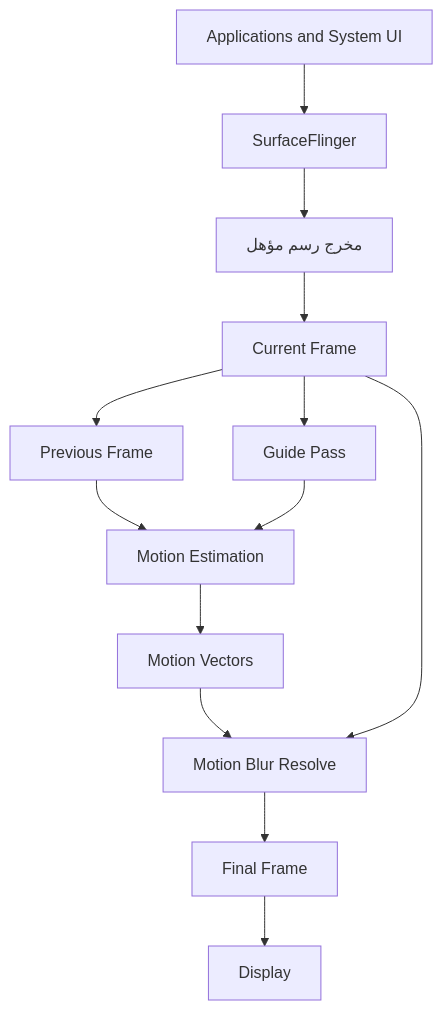
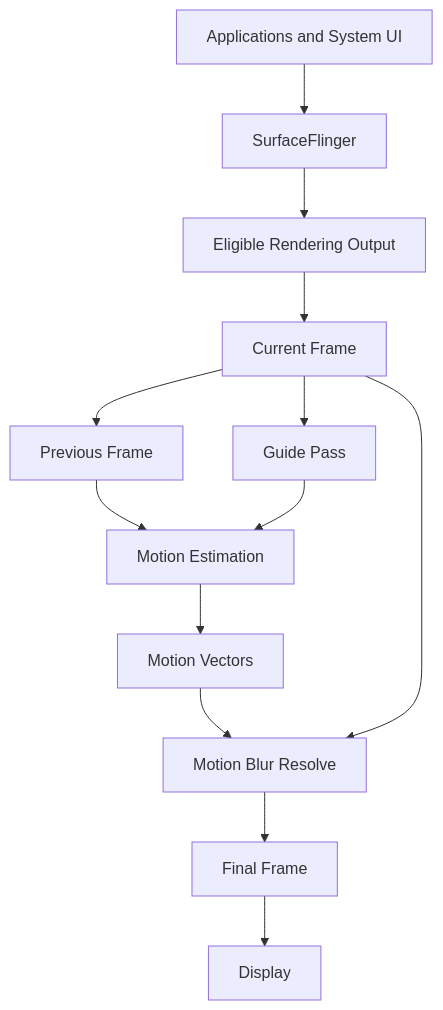
The diagram in docs/how_skia_motion_blur_works.md (YasserNull/skia-motion-blur), drawn with Mermaid before and after one commit. The commit also changed other lines of this file and 5 other files, not shown here.

````diff
--- a/docs/how_skia_motion_blur_works.md
+++ b/docs/how_skia_motion_blur_works.md
@@ -85,15 +85,15 @@
 ```mermaid
 flowchart TD
     A[Applications and System UI] --> B[SurfaceFlinger]
-    B --> C[مخرج رسم مؤهل]
+    B --> C[Eligible Rendering Output]
     C --> D[Current Frame]
     D --> E[Guide Pass]
     H[Previous Frame] --> F[Motion Estimation]
     E --> F
     F --> G[Motion Vectors]
     G --> I[Motion Blur Resolve]
     D --> I
     I --> J[Final Frame]
     J --> K[Display]
     D --> H
 ```
````
